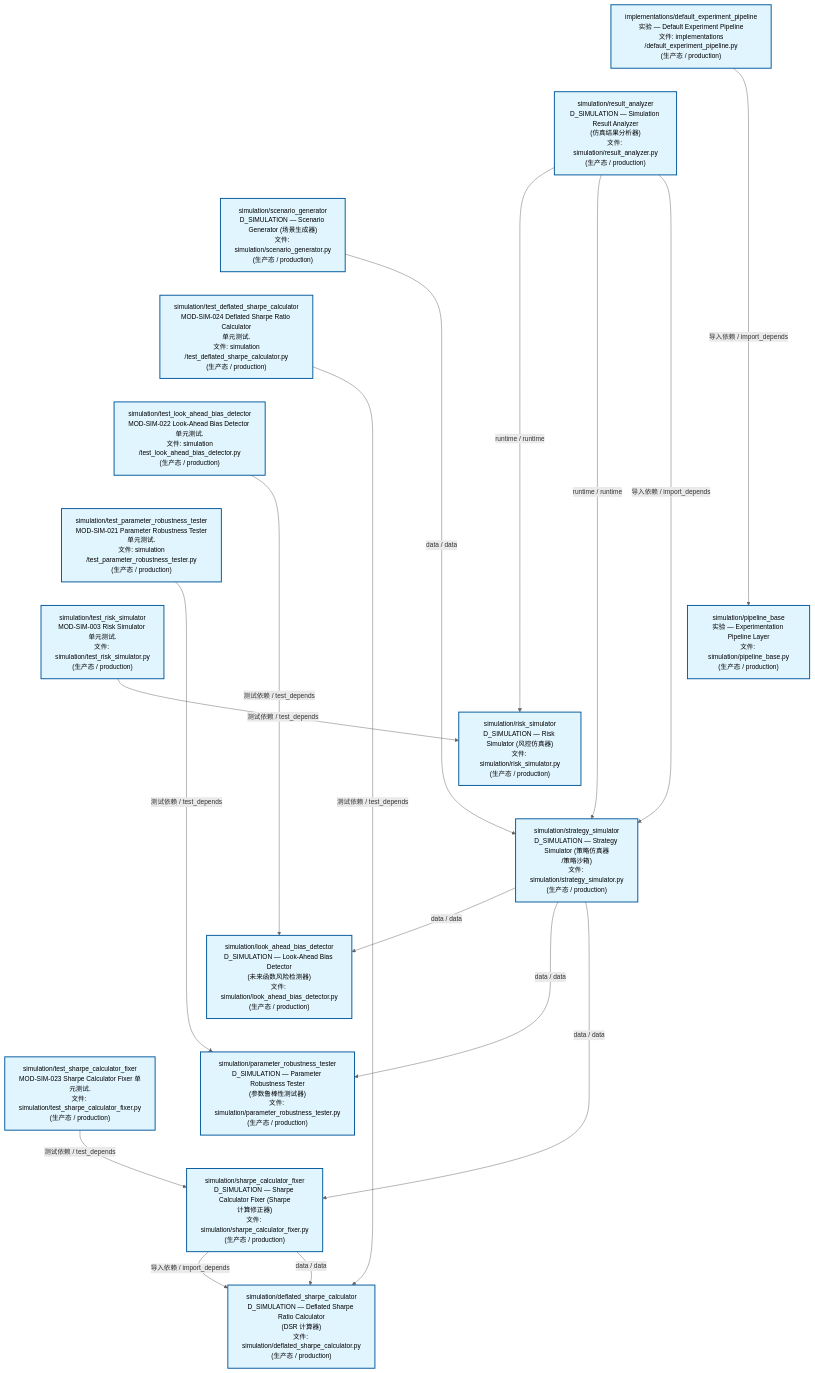
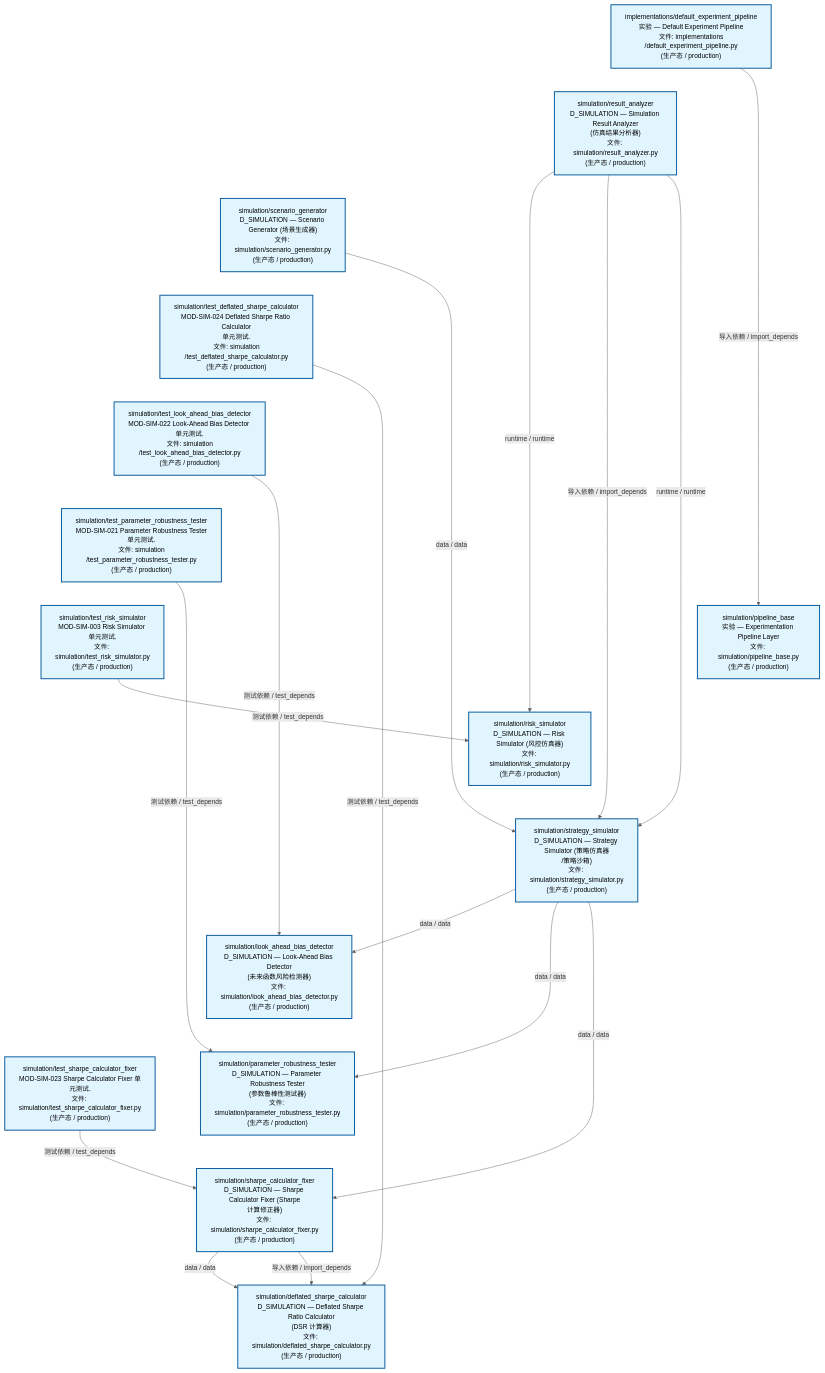
The second of 3 diagrams in docs/02_enterprise_architecture/02_domain_architecture_docs/70_d_simulation.md (xuanFelixVan/ZephyrAlpha), drawn with Mermaid before and after one commit. The commit also changed other lines of this file and 49 other files, not shown here.

````diff
--- a/docs/02_enterprise_architecture/02_domain_architecture_docs/70_d_simulation.md
+++ b/docs/02_enterprise_architecture/02_domain_architecture_docs/70_d_simulation.md
@@ -123,50 +123,50 @@
 ```mermaid
 %%{init: {'theme': 'base', 'themeVariables': {'primaryColor': '#eaeaea', 'primaryTextColor': '#333333', 'primaryBorderColor': '#666666', 'lineColor': '#666666', 'secondaryColor': '#eaeaea', 'tertiaryColor': '#eaeaea', 'fontSize': '14px'}}}%%
 flowchart TD
     src_zephyr_simulation_implementations_default_experiment_pipeline_py["implementations/default_experiment_pipeline<br/>实验 — Default Experiment Pipeline<br/>文件: implementations<br/>/default_experiment_pipeline.py<br/>(生产态 / production)"]
     src_zephyr_simulation_result_analyzer_py["simulation/result_analyzer<br/>D_SIMULATION — Simulation Result Analyzer<br/>(仿真结果分析器)<br/>文件: simulation/result_analyzer.py<br/>(生产态 / production)"]
     src_zephyr_simulation_scenario_generator_py["simulation/scenario_generator<br/>D_SIMULATION — Scenario Generator (场景生成器)<br/>文件: simulation/scenario_generator.py<br/>(生产态 / production)"]
     tests_simulation_test_deflated_sharpe_calculator_py["simulation/test_deflated_sharpe_calculator<br/>MOD-SIM-024 Deflated Sharpe Ratio Calculator<br/>单元测试.<br/>文件: simulation<br/>/test_deflated_sharpe_calculator.py<br/>(生产态 / production)"]
     tests_simulation_test_look_ahead_bias_detector_py["simulation/test_look_ahead_bias_detector<br/>MOD-SIM-022 Look-Ahead Bias Detector 单元测试.<br/>文件: simulation<br/>/test_look_ahead_bias_detector.py<br/>(生产态 / production)"]
     tests_simulation_test_parameter_robustness_tester_py["simulation/test_parameter_robustness_tester<br/>MOD-SIM-021 Parameter Robustness Tester<br/>单元测试.<br/>文件: simulation<br/>/test_parameter_robustness_tester.py<br/>(生产态 / production)"]
     tests_simulation_test_risk_simulator_py["simulation/test_risk_simulator<br/>MOD-SIM-003 Risk Simulator 单元测试.<br/>文件: simulation/test_risk_simulator.py<br/>(生产态 / production)"]
     tests_simulation_test_sharpe_calculator_fixer_py["simulation/test_sharpe_calculator_fixer<br/>MOD-SIM-023 Sharpe Calculator Fixer 单元测试.<br/>文件: simulation/test_sharpe_calculator_fixer.py<br/>(生产态 / production)"]
     src_zephyr_simulation_implementations_default_experiment_pipeline_py ~~~ src_zephyr_simulation_result_analyzer_py
     src_zephyr_simulation_result_analyzer_py ~~~ src_zephyr_simulation_scenario_generator_py
     src_zephyr_simulation_scenario_generator_py ~~~ tests_simulation_test_deflated_sharpe_calculator_py
     tests_simulation_test_deflated_sharpe_calculator_py ~~~ tests_simulation_test_look_ahead_bias_detector_py
     tests_simulation_test_look_ahead_bias_detector_py ~~~ tests_simulation_test_parameter_robustness_tester_py
     tests_simulation_test_parameter_robustness_tester_py ~~~ tests_simulation_test_risk_simulator_py
     tests_simulation_test_risk_simulator_py ~~~ tests_simulation_test_sharpe_calculator_fixer_py
     src_zephyr_simulation_pipeline_base_py["simulation/pipeline_base<br/>实验 — Experimentation Pipeline Layer<br/>文件: simulation/pipeline_base.py<br/>(生产态 / production)"]
     src_zephyr_simulation_risk_simulator_py["simulation/risk_simulator<br/>D_SIMULATION — Risk Simulator (风控仿真器)<br/>文件: simulation/risk_simulator.py<br/>(生产态 / production)"]
     src_zephyr_simulation_strategy_simulator_py["simulation/strategy_simulator<br/>D_SIMULATION — Strategy Simulator (策略仿真器<br/>/策略沙箱)<br/>文件: simulation/strategy_simulator.py<br/>(生产态 / production)"]
     src_zephyr_simulation_pipeline_base_py ~~~ src_zephyr_simulation_risk_simulator_py
     src_zephyr_simulation_risk_simulator_py ~~~ src_zephyr_simulation_strategy_simulator_py
     src_zephyr_simulation_look_ahead_bias_detector_py["simulation/look_ahead_bias_detector<br/>D_SIMULATION — Look-Ahead Bias Detector<br/>(未来函数风险检测器)<br/>文件: simulation/look_ahead_bias_detector.py<br/>(生产态 / production)"]
     src_zephyr_simulation_parameter_robustness_tester_py["simulation/parameter_robustness_tester<br/>D_SIMULATION — Parameter Robustness Tester<br/>(参数鲁棒性测试器)<br/>文件: simulation/parameter_robustness_tester.py<br/>(生产态 / production)"]
     src_zephyr_simulation_sharpe_calculator_fixer_py["simulation/sharpe_calculator_fixer<br/>D_SIMULATION — Sharpe Calculator Fixer (Sharpe<br/>计算修正器)<br/>文件: simulation/sharpe_calculator_fixer.py<br/>(生产态 / production)"]
     src_zephyr_simulation_look_ahead_bias_detector_py ~~~ src_zephyr_simulation_parameter_robustness_tester_py
     src_zephyr_simulation_parameter_robustness_tester_py ~~~ src_zephyr_simulation_sharpe_calculator_fixer_py
     src_zephyr_simulation_deflated_sharpe_calculator_py["simulation/deflated_sharpe_calculator<br/>D_SIMULATION — Deflated Sharpe Ratio Calculator<br/>(DSR 计算器)<br/>文件: simulation/deflated_sharpe_calculator.py<br/>(生产态 / production)"]
+    src_zephyr_simulation_scenario_generator_py -->|data / data| src_zephyr_simulation_strategy_simulator_py
     src_zephyr_simulation_result_analyzer_py -->|runtime / runtime| src_zephyr_simulation_risk_simulator_py
+    src_zephyr_simulation_result_analyzer_py -->|导入依赖 / import_depends| src_zephyr_simulation_strategy_simulator_py
     src_zephyr_simulation_result_analyzer_py -->|runtime / runtime| src_zephyr_simulation_strategy_simulator_py
-    src_zephyr_simulation_result_analyzer_py -->|导入依赖 / import_depends| src_zephyr_simulation_strategy_simulator_py
+    src_zephyr_simulation_sharpe_calculator_fixer_py -->|data / data| src_zephyr_simulation_deflated_sharpe_calculator_py
+    src_zephyr_simulation_sharpe_calculator_fixer_py -->|导入依赖 / import_depends| src_zephyr_simulation_deflated_sharpe_calculator_py
     src_zephyr_simulation_strategy_simulator_py -->|data / data| src_zephyr_simulation_look_ahead_bias_detector_py
     src_zephyr_simulation_strategy_simulator_py -->|data / data| src_zephyr_simulation_parameter_robustness_tester_py
     src_zephyr_simulation_strategy_simulator_py -->|data / data| src_zephyr_simulation_sharpe_calculator_fixer_py
-    src_zephyr_simulation_sharpe_calculator_fixer_py -->|导入依赖 / import_depends| src_zephyr_simulation_deflated_sharpe_calculator_py
-    src_zephyr_simulation_sharpe_calculator_fixer_py -->|data / data| src_zephyr_simulation_deflated_sharpe_calculator_py
-    src_zephyr_simulation_scenario_generator_py -->|data / data| src_zephyr_simulation_strategy_simulator_py
     src_zephyr_simulation_implementations_default_experiment_pipeline_py -->|导入依赖 / import_depends| src_zephyr_simulation_pipeline_base_py
-    tests_simulation_test_parameter_robustness_tester_py -->|测试依赖 / test_depends| src_zephyr_simulation_parameter_robustness_tester_py
     tests_simulation_test_look_ahead_bias_detector_py -->|测试依赖 / test_depends| src_zephyr_simulation_look_ahead_bias_detector_py
     tests_simulation_test_deflated_sharpe_calculator_py -->|测试依赖 / test_depends| src_zephyr_simulation_deflated_sharpe_calculator_py
+    tests_simulation_test_parameter_robustness_tester_py -->|测试依赖 / test_depends| src_zephyr_simulation_parameter_robustness_tester_py
+    tests_simulation_test_risk_simulator_py -->|测试依赖 / test_depends| src_zephyr_simulation_risk_simulator_py
     tests_simulation_test_sharpe_calculator_fixer_py -->|测试依赖 / test_depends| src_zephyr_simulation_sharpe_calculator_fixer_py
-    tests_simulation_test_risk_simulator_py -->|测试依赖 / test_depends| src_zephyr_simulation_risk_simulator_py
     classDef production fill:#e1f5fe,stroke:#01579b,stroke-width:2px,color:#000
     classDef design fill:#fff3e0,stroke:#e65100,stroke-width:2px,color:#000,stroke-dasharray: 5 5
     classDef external_prod fill:#e8f4fd,stroke:#0277bd,stroke-width:1px,color:#000
     classDef external_design fill:#fff8e7,stroke:#ef6c00,stroke-width:1px,color:#000,stroke-dasharray: 5 5
     class src_zephyr_simulation_deflated_sharpe_calculator_py,src_zephyr_simulation_implementations_default_experiment_pipeline_py,src_zephyr_simulation_look_ahead_bias_detector_py,src_zephyr_simulation_parameter_robustness_tester_py,src_zephyr_simulation_pipeline_base_py,src_zephyr_simulation_result_analyzer_py,src_zephyr_simulation_risk_simulator_py,src_zephyr_simulation_scenario_generator_py,src_zephyr_simulation_sharpe_calculator_fixer_py,src_zephyr_simulation_strategy_simulator_py,tests_simulation_test_deflated_sharpe_calculator_py,tests_simulation_test_look_ahead_bias_detector_py,tests_simulation_test_parameter_robustness_tester_py,tests_simulation_test_risk_simulator_py,tests_simulation_test_sharpe_calculator_fixer_py production
 ```
````
